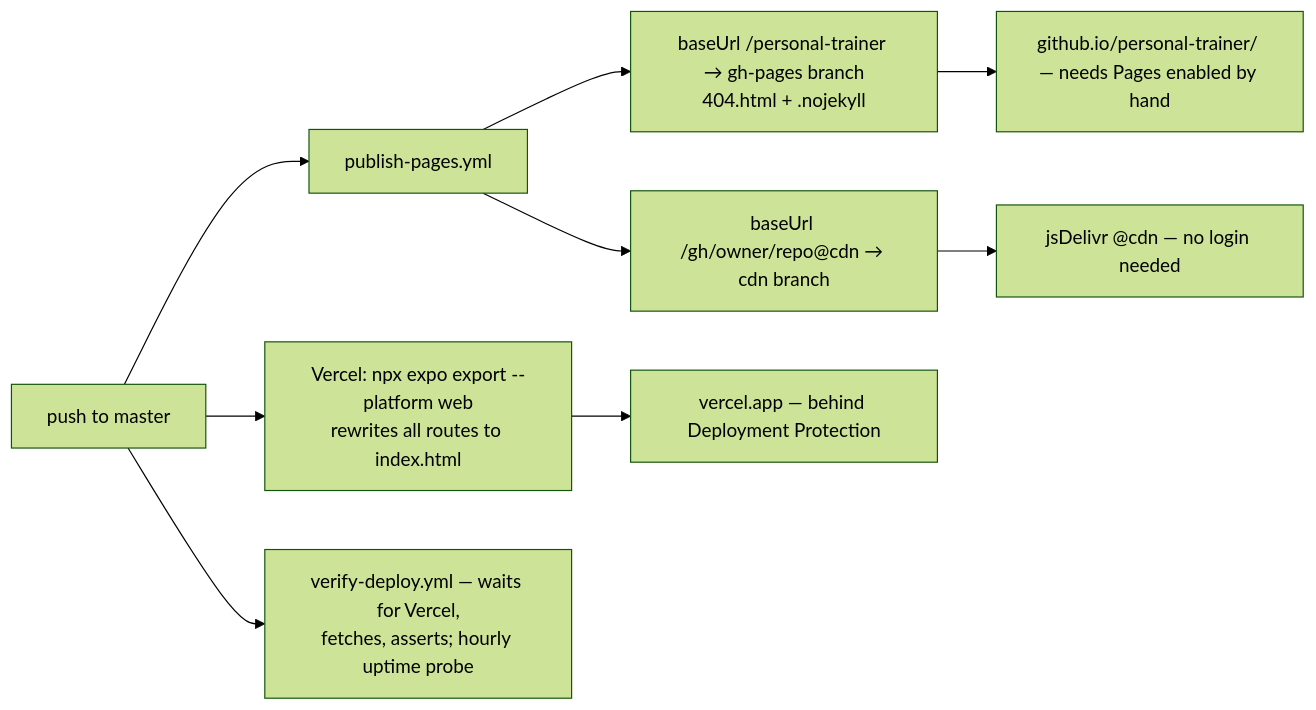
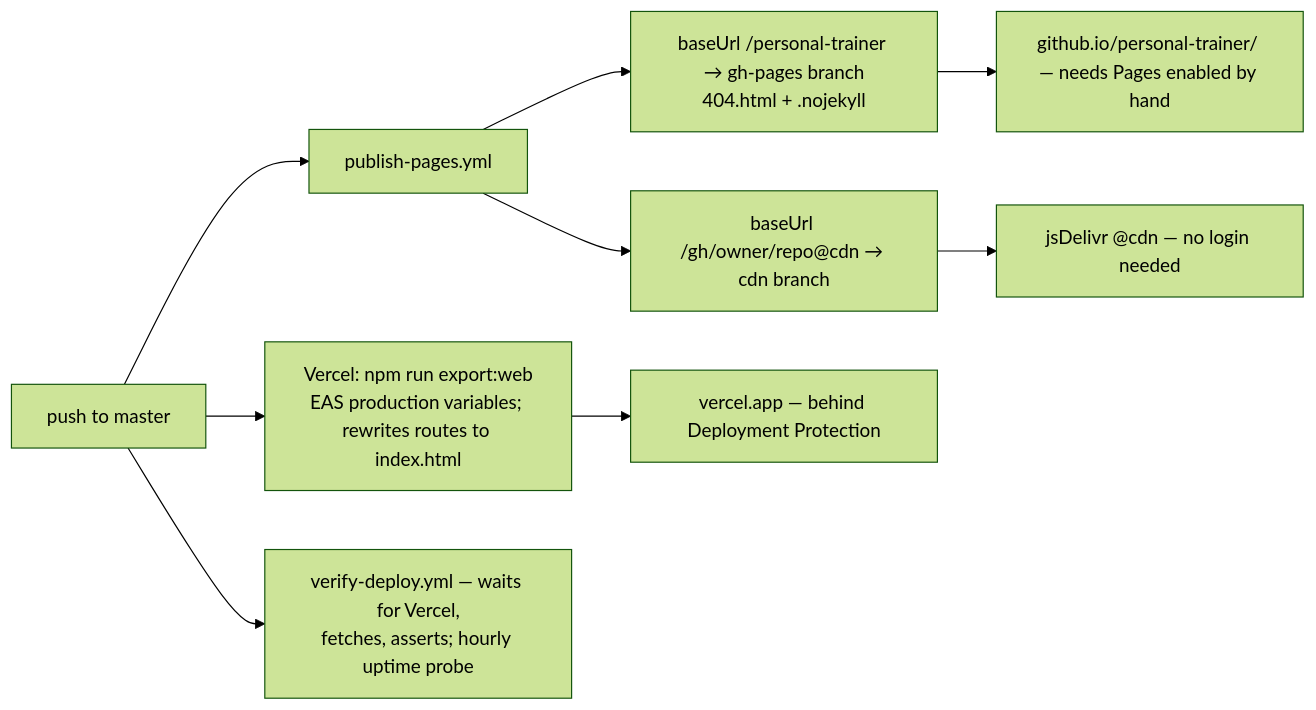
One commit to mateosauton/personal-trainer changed the seventh of 7 diagrams in docs/ENGINEERING_HANDOFF.md. Above: the diagram before and after it, drawn with Mermaid (forest theme). The commit also changed other lines of this file and 77 other files, not shown here.

````diff
--- a/docs/ENGINEERING_HANDOFF.md
+++ b/docs/ENGINEERING_HANDOFF.md
@@ -1061,12 +1144,12 @@
 ```mermaid
 flowchart LR
-    M["push to master"] --> V["Vercel: npx expo export --platform web<br/>rewrites all routes to index.html"]
+    M["push to master"] --> V["Vercel: npm run export:web<br/>EAS production variables; rewrites routes to index.html"]
     M --> W["publish-pages.yml"]
     W --> B1["baseUrl /personal-trainer → gh-pages branch<br/>404.html + .nojekyll"]
     W --> B2["baseUrl /gh/owner/repo@cdn → cdn branch"]
     M --> VD["verify-deploy.yml — waits for Vercel,<br/>fetches, asserts; hourly uptime probe"]
 
     V --> VU["vercel.app — behind Deployment Protection"]
     B1 --> GP["github.io/personal-trainer/ — needs Pages enabled by hand"]
     B2 --> JD["jsDelivr @cdn — no login needed"]
 ```
````
